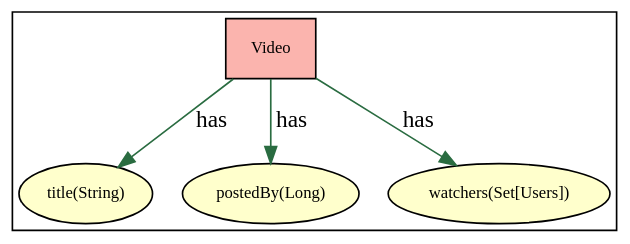
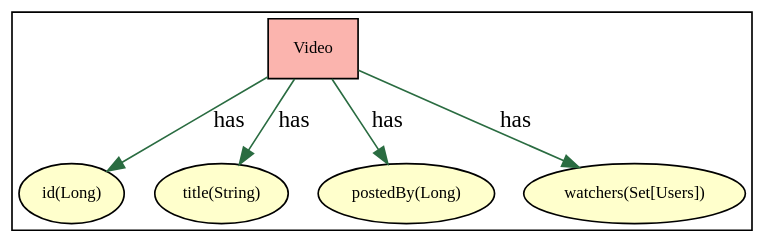
The diagram in modeling/metamodel/gen/SubscriptionMicroservice/entities/Video.gv (katie291100/eng2-project), drawn with Graphviz before and after one commit. The commit also changed 33 other files, not shown here.

```diff
--- a/modeling/metamodel/gen/SubscriptionMicroservice/entities/Video.gv
+++ b/modeling/metamodel/gen/SubscriptionMicroservice/entities/Video.gv
@@ -1,27 +1,32 @@
 digraph G {
     node[shape=rectangle, fontname=Tahoma, fontsize=10, style="filled",
         gradientangle="270", fillcolor="bisque", colorscheme="pastel19"]
   	colorscheme="pastel19"
     cluster=true;
 
 		Video [fillcolor="1"]
 		
 		
 
+		
+	    id [label="id(Long)" fillcolor="6" shape=ellipse ]
+	    
+            Video -> id [color="#2A6C41" label="has"]
+	    
 		
 	    title [label="title(String)" fillcolor="6" shape=ellipse ]
 	    
             Video -> title [color="#2A6C41" label="has"]
 	    
 		
 	    postedBy [label="postedBy(Long)" fillcolor="6" shape=ellipse ]
 	    
             Video -> postedBy [color="#2A6C41" label="has"]
 	    
 		
 	    watchers [label="watchers(Set[Users])" fillcolor="6" shape=ellipse ]
 	    
             Video -> watchers [color="#2A6C41" label="has"]
 	    
 	
 }
```
